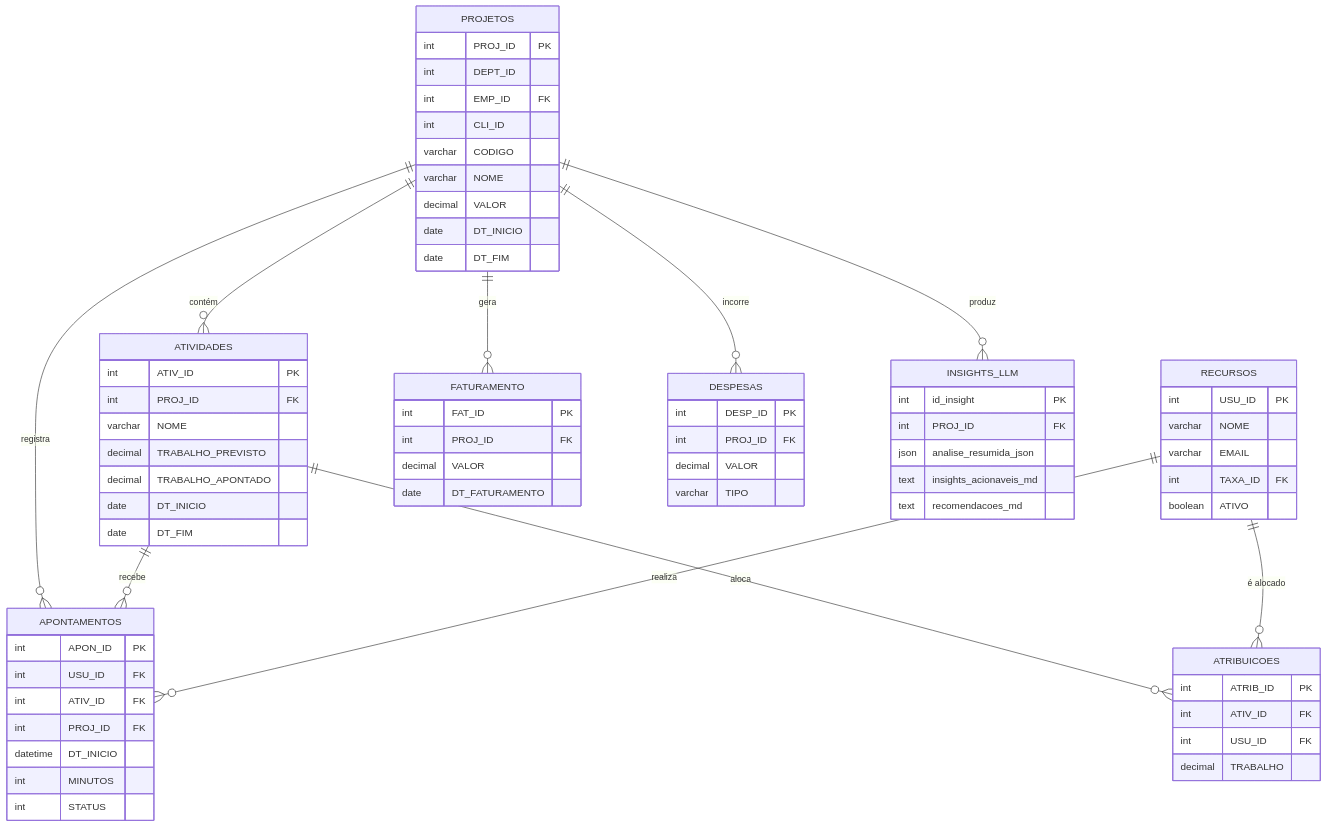
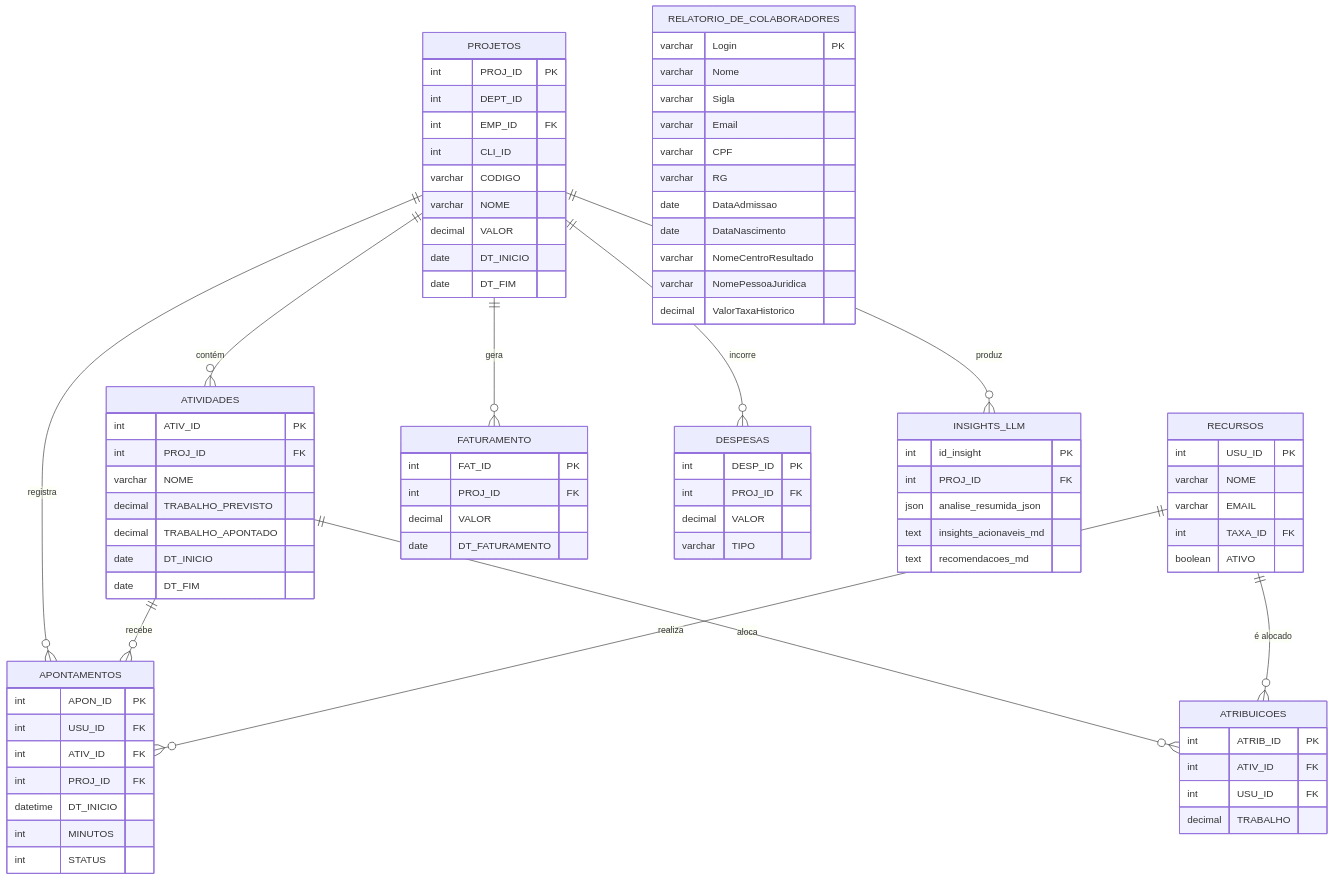
Before and after one commit to leofiorese/bot_pso: the second of 5 diagrams in DOCUMENTACAO_PROJETO.md, drawn with Mermaid. The commit also changed other lines of this file and 1 other file, not shown here.

```diff
--- a/DOCUMENTACAO_PROJETO.md
+++ b/DOCUMENTACAO_PROJETO.md
@@ -135,6 +143,20 @@
         int TAXA_ID FK
         boolean ATIVO
     }
+
+    RELATORIO_DE_COLABORADORES {
+        varchar Login PK
+        varchar Nome
+        varchar Sigla
+        varchar Email
+        varchar CPF
+        varchar RG
+        date DataAdmissao
+        date DataNascimento
+        varchar NomeCentroResultado
+        varchar NomePessoaJuridica
+        decimal ValorTaxaHistorico
+    }
     
     ATRIBUICOES {
         int ATRIB_ID PK
```
